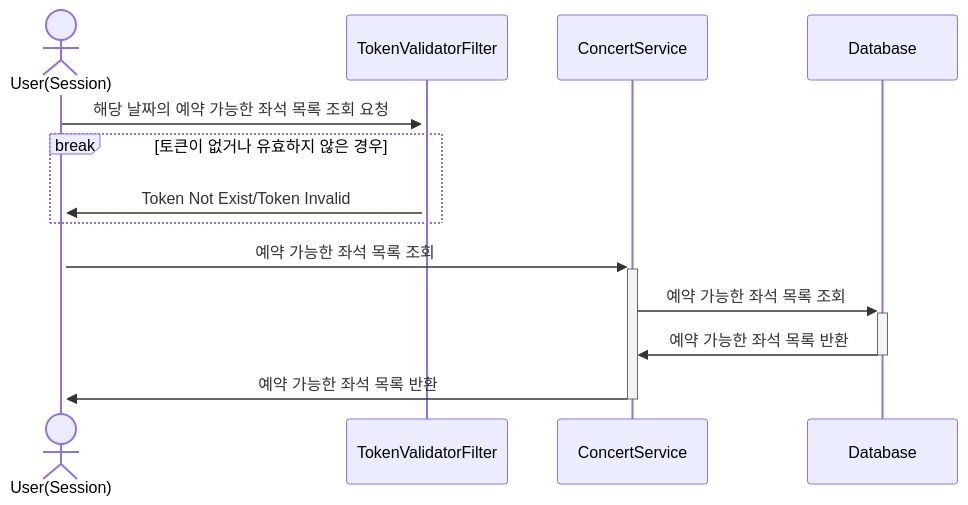
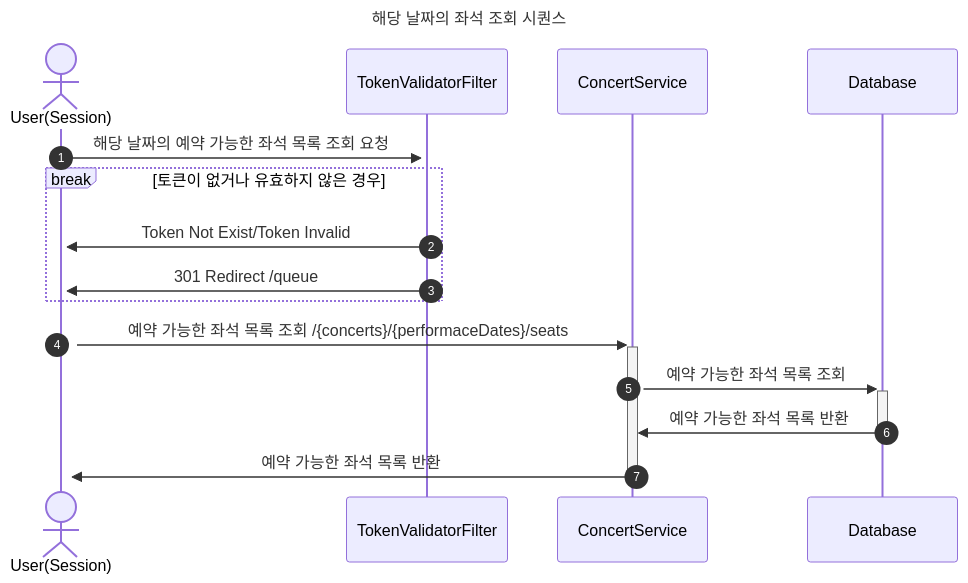
The second of 2 diagrams in docs/sequence/예약-가능-날짜-좌석.md (hpp-backend-15/java-concert-joonhyeokyang), drawn with Mermaid before and after one commit. The commit also changed other lines of this file and 4 other files, not shown here.

Commit message:
docs: 다이어그램 작성 (토큰 대기열/예약 날짜, 좌석)

````diff
--- a/docs/sequence/예약-가능-날짜-좌석.md
+++ b/docs/sequence/예약-가능-날짜-좌석.md
@@ -29,17 +30,20 @@
 ```mermaid
 sequenceDiagram
+    autonumber
+    title 해당 날짜의 좌석 조회 시퀀스
     actor u as User(Session)
     participant tvf as TokenValidatorFilter
     participant cs as ConcertService
     participant db as Database
     
     u->>+tvf: 해당 날짜의 예약 가능한 좌석 목록 조회 요청
     break 토큰이 없거나 유효하지 않은 경우
         tvf->>+u: Token Not Exist/Token Invalid
+        tvf->>+u: 301 Redirect /queue
     end
     
-    u->>+cs: 예약 가능한 좌석 목록 조회
+    u->>+cs: 예약 가능한 좌석 목록 조회 /{concerts}/{performaceDates}/seats
     cs->>+db: 예약 가능한 좌석 목록 조회
     db->>-cs: 예약 가능한 좌석 목록 반환
     cs->>-u: 예약 가능한 좌석 목록 반환
 ```
````
